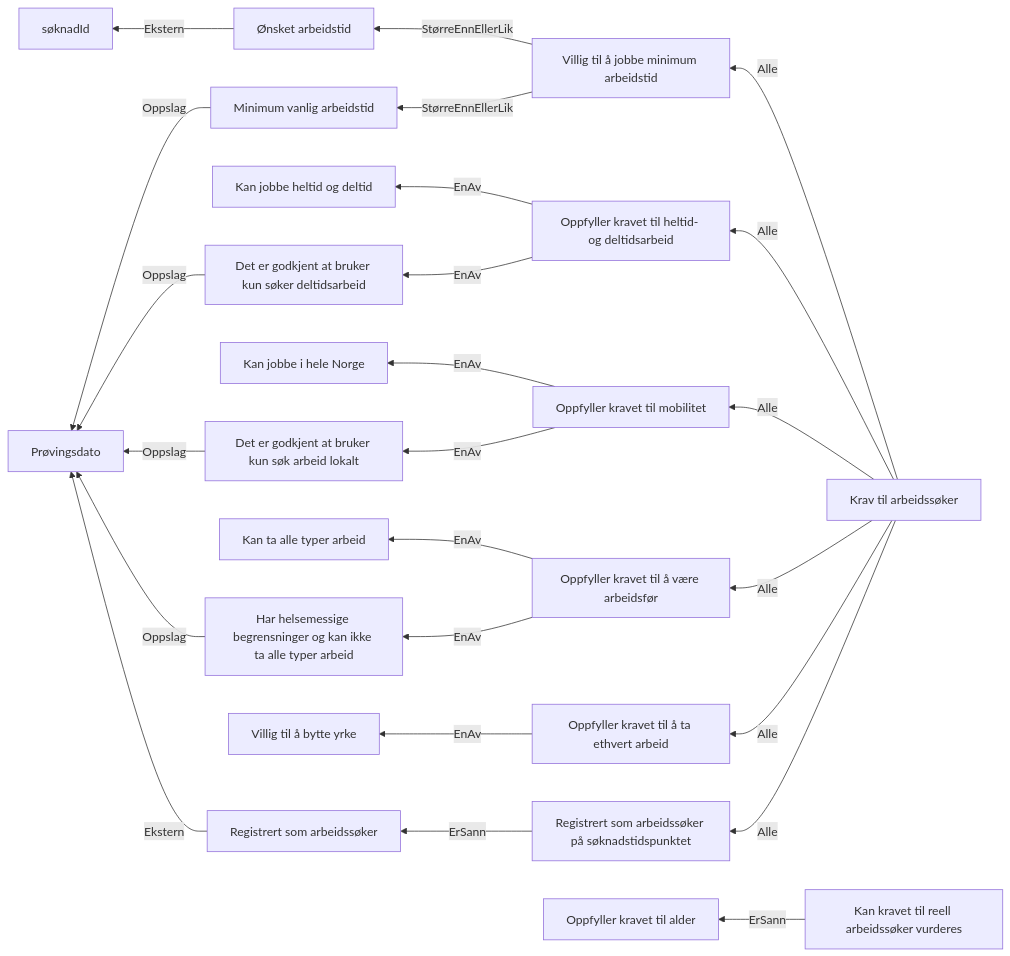
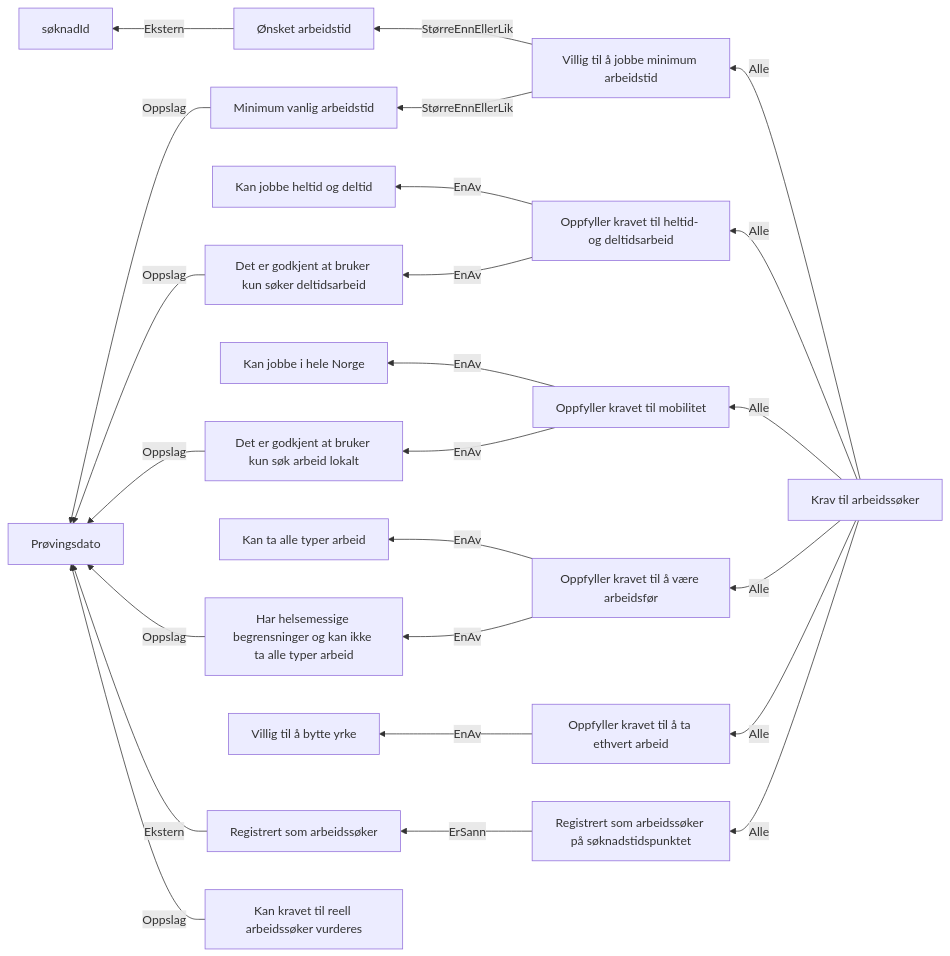
The diagram in docs/regler/§ 4-5. Reelle arbeidssøkere.approved.md (navikt/dp-behandling), drawn with Mermaid before and after one commit. The commit also changed 1 other file, not shown here.

Commit message:
Oppdater approvalstester

````diff
--- a/docs/regler/§ 4-5. Reelle arbeidssøkere.approved.md
+++ b/docs/regler/§ 4-5. Reelle arbeidssøkere.approved.md
@@ -5,26 +5,26 @@
 ```mermaid
 graph RL
   A["Ønsket arbeidstid"] -->|"Ekstern"| B["søknadId"]
   C["Minimum vanlig arbeidstid"] -->|"Oppslag"| D["Prøvingsdato"]
   E["Villig til å jobbe minimum arbeidstid"] -->|"StørreEnnEllerLik"| A["Ønsket arbeidstid"]
   E["Villig til å jobbe minimum arbeidstid"] -->|"StørreEnnEllerLik"| C["Minimum vanlig arbeidstid"]
   F["Det er godkjent at bruker kun søker deltidsarbeid"] -->|"Oppslag"| D["Prøvingsdato"]
   G["Det er godkjent at bruker kun søk arbeid lokalt"] -->|"Oppslag"| D["Prøvingsdato"]
   H["Har helsemessige begrensninger og kan ikke ta alle typer arbeid"] -->|"Oppslag"| D["Prøvingsdato"]
   I["Oppfyller kravet til heltid- og deltidsarbeid"] -->|"EnAv"| J["Kan jobbe heltid og deltid"]
   I["Oppfyller kravet til heltid- og deltidsarbeid"] -->|"EnAv"| F["Det er godkjent at bruker kun søker deltidsarbeid"]
   K["Oppfyller kravet til mobilitet"] -->|"EnAv"| L["Kan jobbe i hele Norge"]
   K["Oppfyller kravet til mobilitet"] -->|"EnAv"| G["Det er godkjent at bruker kun søk arbeid lokalt"]
   M["Oppfyller kravet til å være arbeidsfør"] -->|"EnAv"| N["Kan ta alle typer arbeid"]
   M["Oppfyller kravet til å være arbeidsfør"] -->|"EnAv"| H["Har helsemessige begrensninger og kan ikke ta alle typer arbeid"]
   O["Oppfyller kravet til å ta ethvert arbeid"] -->|"EnAv"| P["Villig til å bytte yrke"]
   Q["Registrert som arbeidssøker"] -->|"Ekstern"| D["Prøvingsdato"]
   R["Registrert som arbeidssøker på søknadstidspunktet"] -->|"ErSann"| Q["Registrert som arbeidssøker"]
   S["Krav til arbeidssøker"] -->|"Alle"| E["Villig til å jobbe minimum arbeidstid"]
   S["Krav til arbeidssøker"] -->|"Alle"| I["Oppfyller kravet til heltid- og deltidsarbeid"]
   S["Krav til arbeidssøker"] -->|"Alle"| K["Oppfyller kravet til mobilitet"]
   S["Krav til arbeidssøker"] -->|"Alle"| M["Oppfyller kravet til å være arbeidsfør"]
   S["Krav til arbeidssøker"] -->|"Alle"| O["Oppfyller kravet til å ta ethvert arbeid"]
   S["Krav til arbeidssøker"] -->|"Alle"| R["Registrert som arbeidssøker på søknadstidspunktet"]
-  T["Kan kravet til reell arbeidssøker vurderes"] -->|"ErSann"| U["Oppfyller kravet til alder"]
+  T["Kan kravet til reell arbeidssøker vurderes"] -->|"Oppslag"| D["Prøvingsdato"]
 ```
````
